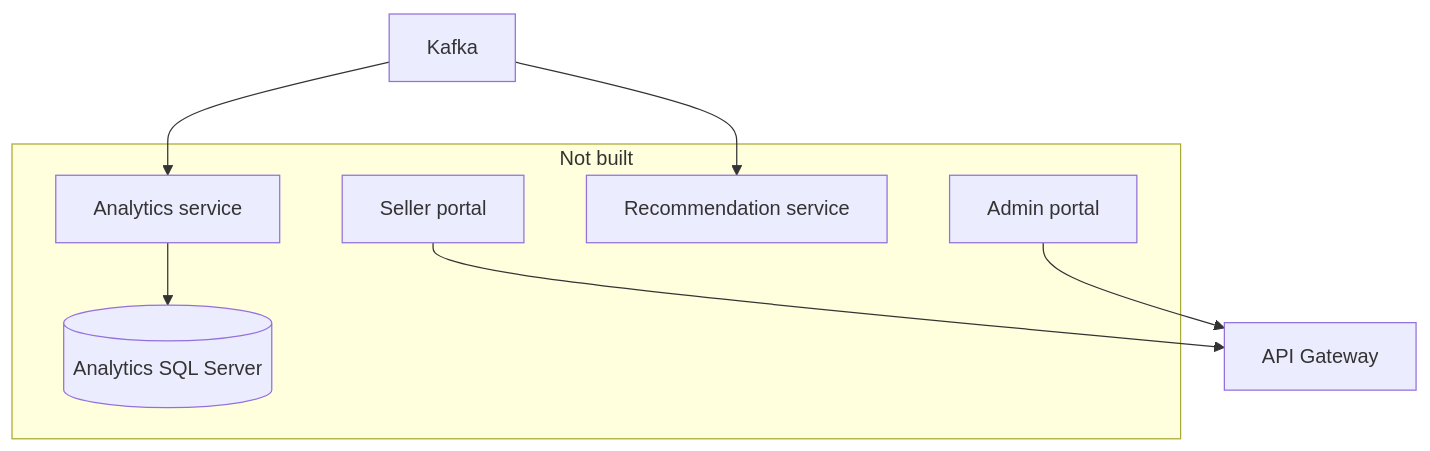
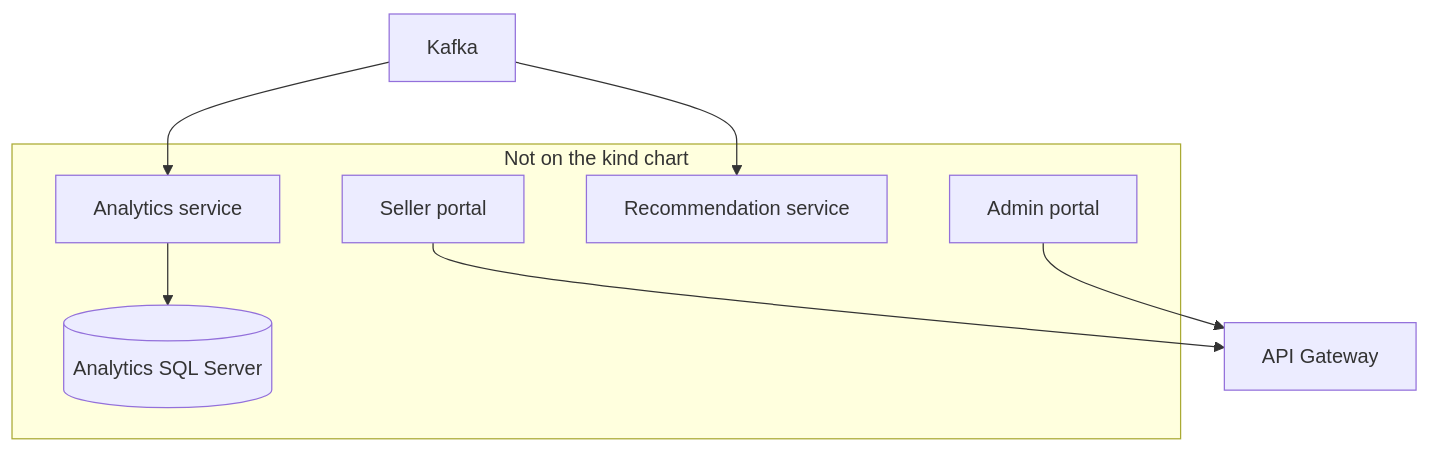
The third of 3 diagrams in docs/architecture/deployment-architecture.md (lecongnhat247/bazaar), drawn with Mermaid before and after one commit. The commit also changed other lines of this file and 36 other files, not shown here.

````diff
--- a/docs/architecture/deployment-architecture.md
+++ b/docs/architecture/deployment-architecture.md
@@ -180,16 +180,16 @@
 ```mermaid
 flowchart TB
-  subgraph later [Not built]
+  subgraph later [Not on the kind chart]
     seller[Seller portal]
     admin[Admin portal]
     recommend[Recommendation service]
     analytics[Analytics service]
     sql[(Analytics SQL Server)]
   end
 
   seller --> gatewayLater[API Gateway]
   admin --> gatewayLater
   kafkaLater[Kafka] --> recommend
   kafkaLater --> analytics
   analytics --> sql
 ```
````
